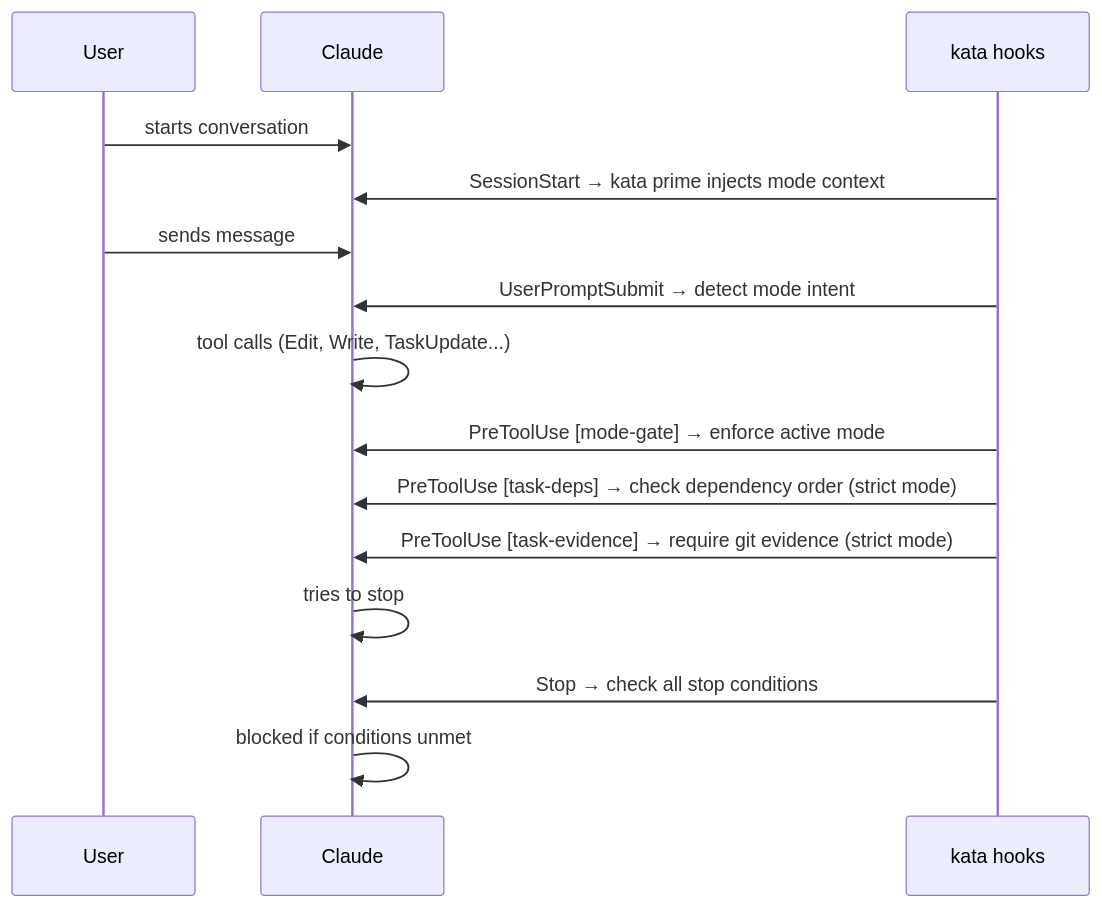
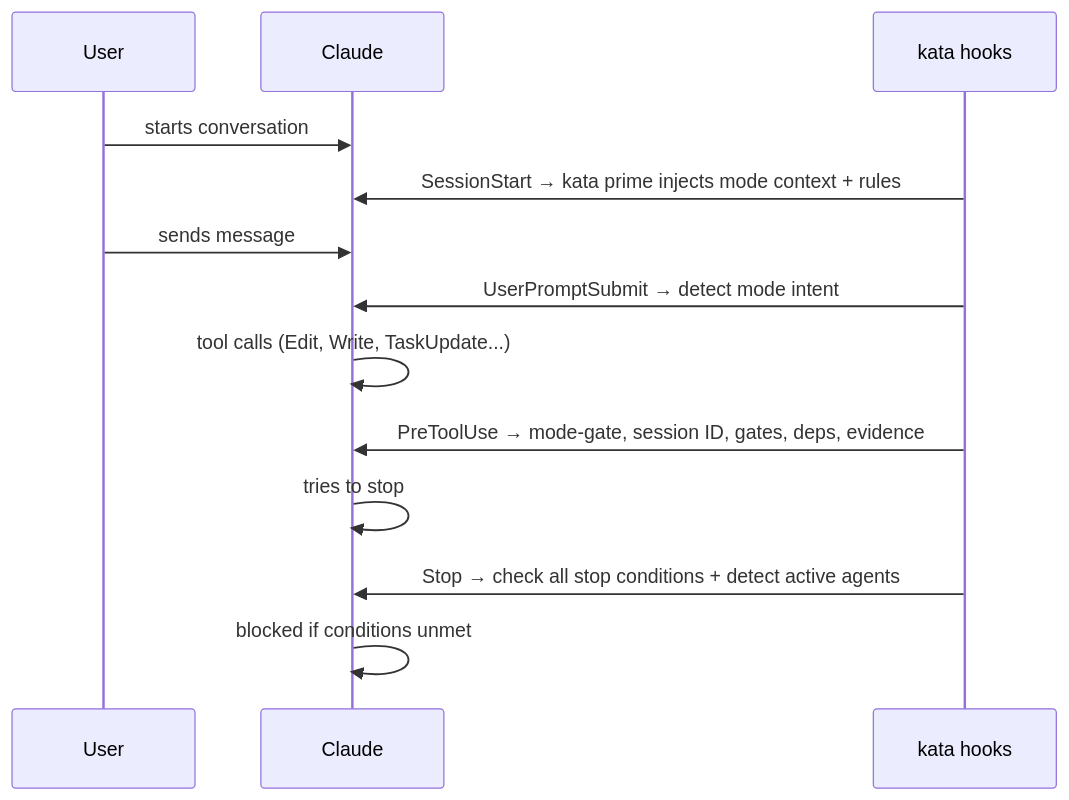
Before and after one commit to codevibesmatter/kata: the third of 3 diagrams in README.md, drawn with Mermaid. The commit also changed other lines of this file and 4 other files, not shown here.

````diff
--- a/README.md
+++ b/README.md
@@ -243,18 +244,16 @@
 ```mermaid
 sequenceDiagram
     participant U as User
     participant C as Claude
     participant K as kata hooks
 
     U->>C: starts conversation
-    K->>C: SessionStart → kata prime injects mode context
+    K->>C: SessionStart → kata prime injects mode context + rules
     U->>C: sends message
     K->>C: UserPromptSubmit → detect mode intent
     C->>C: tool calls (Edit, Write, TaskUpdate...)
-    K->>C: PreToolUse [mode-gate] → enforce active mode
-    K->>C: PreToolUse [task-deps] → check dependency order (strict mode)
-    K->>C: PreToolUse [task-evidence] → require git evidence (strict mode)
+    K->>C: PreToolUse → mode-gate, session ID, gates, deps, evidence
     C->>C: tries to stop
-    K->>C: Stop → check all stop conditions
+    K->>C: Stop → check all stop conditions + detect active agents
     C->>C: blocked if conditions unmet
 ```
````
